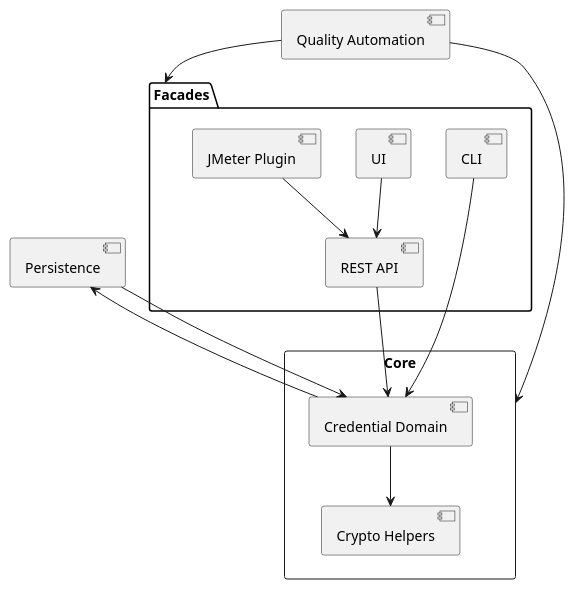
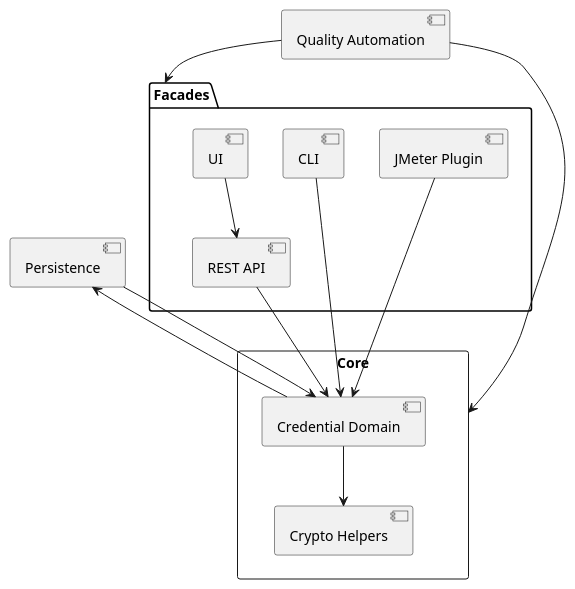
One commit to ivanstambuk/openauth-sim changed the diagram in docs/4-architecture/knowledge-map.md. Above: the diagram before and after it, drawn with PlantUML. The commit also changed other lines of this file and 1 other file, not shown here.

Commit message:
docs: align jmeter dependencies

````diff
--- a/docs/4-architecture/knowledge-map.md
+++ b/docs/4-architecture/knowledge-map.md
@@ -25,32 +26,32 @@
 ```plantuml
 @startuml ArchitectureKnowledgeMap
 skinparam backgroundColor #ffffff
 skinparam handwritten false
 
 rectangle Core {
   component "Credential Domain" as CredentialDomain
   component "Crypto Helpers" as CryptoHelpers
 }
 
 package "Facades" {
   component CLI
   component "REST API" as RestAPI
   component UI
   component "JMeter Plugin" as JMeter
 }
 
 component "Persistence" as Persistence
 component "Quality Automation" as Quality
 
 CredentialDomain --> CryptoHelpers
 CLI --> CredentialDomain
 RestAPI --> CredentialDomain
 UI --> RestAPI
-JMeter --> RestAPI
+JMeter --> CredentialDomain
 Persistence --> CredentialDomain
 CredentialDomain --> Persistence
 Quality --> Core
 Quality --> Facades
 
 @enduml
 ```
````
